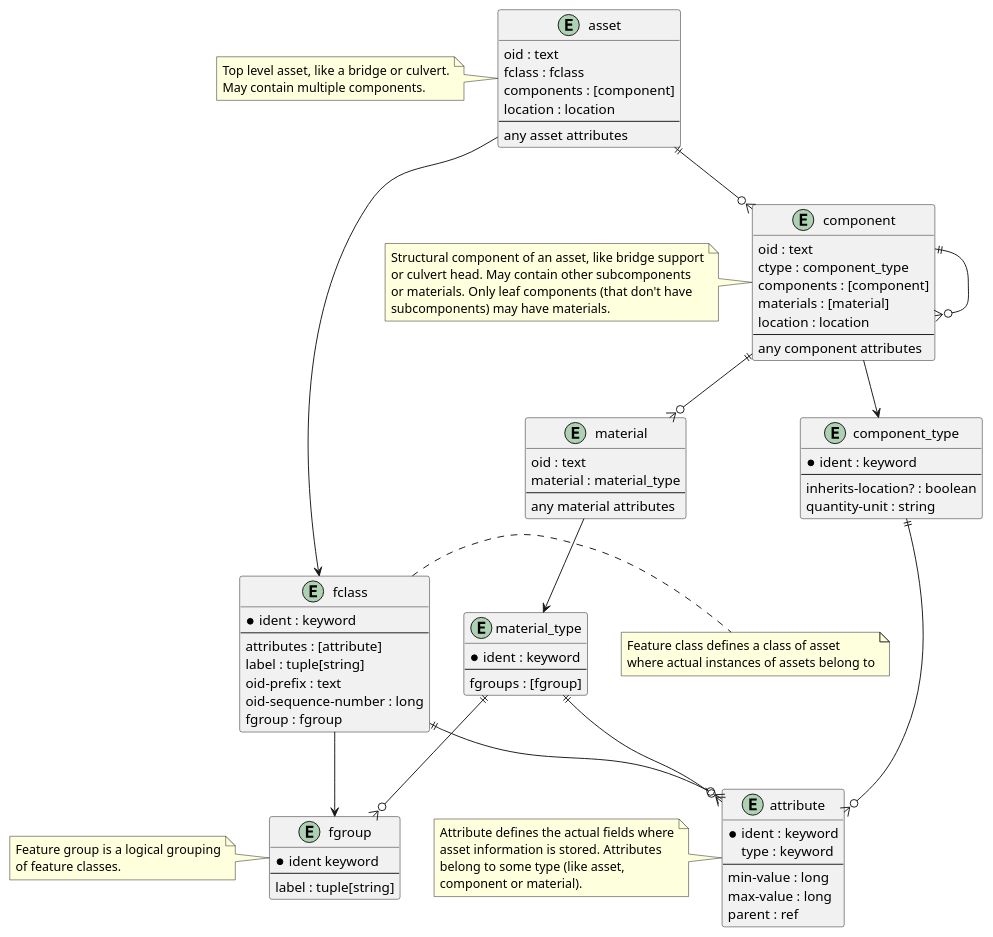
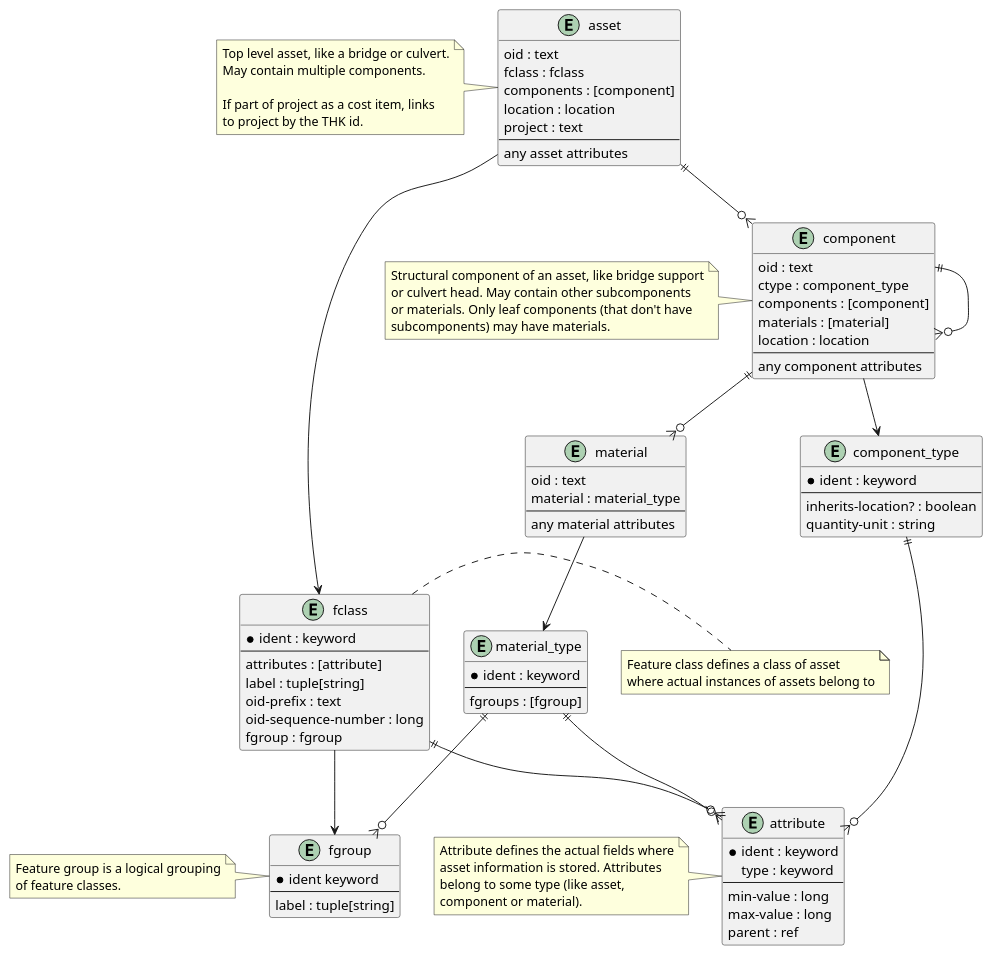
Before and after one commit to solita/mnt-teet: the diagram in docs/datamodel/asset.puml, drawn with PlantUML.

Commit message:
Add project link to asset diagram

```diff
--- a/docs/datamodel/asset.puml
+++ b/docs/datamodel/asset.puml
@@ -1,114 +1,118 @@
 @startuml
 
 entity asset {
   oid : text
   fclass : fclass
   components : [component]
   location : location
+  project : text
   --
   any asset attributes
 }
 
 note left of asset
      Top level asset, like a bridge or culvert.
      May contain multiple components.
+
+     If part of project as a cost item, links
+     to project by the THK id.
 end note
 
 entity component {
   oid : text
   ctype : component_type
   components : [component]
   materials : [material]
   location : location
   --
   any component attributes
 }
 
 note left of component
      Structural component of an asset, like bridge support
      or culvert head. May contain other subcomponents
      or materials. Only leaf components (that don't have
      subcomponents) may have materials.
 end note
 
 asset ||--o{ component
 component ||--o{ component
 
 entity material {
   oid : text
   material : material_type
   --
   any material attributes
 }
 
 component ||--o{ material
 
 entity component_type {
   * ident : keyword
   --
   inherits-location? : boolean
   quantity-unit : string
 }
 
 entity material_type {
   * ident : keyword
   --
   fgroups : [fgroup]
 }
 
 entity attribute {
   * ident : keyword
   type : keyword
   --
   min-value : long
   max-value : long
   parent : ref
 }
 
 note left of attribute
      Attribute defines the actual fields where
      asset information is stored. Attributes
      belong to some type (like asset,
      component or material).
 end note
 
 component --> component_type
 material --> material_type
 
 material_type ||--o{ attribute
 component_type ||--o{ attribute
 
 entity fclass {
   * ident : keyword
   --
   attributes : [attribute]
   label : tuple[string]
   oid-prefix : text
   oid-sequence-number : long
   fgroup : fgroup
 }
 
 fclass ||--o{ attribute
 
 note right of fclass
      Feature class defines a class of asset
      where actual instances of assets belong to
 end note
 
 entity fgroup {
   * ident keyword
   --
   label : tuple[string]
 }
 
 note left of fgroup
      Feature group is a logical grouping
      of feature classes.
 end note
 
 material_type ||--o{ fgroup
 asset --> fclass
 
 fclass --> fgroup
 
 @enduml
```
